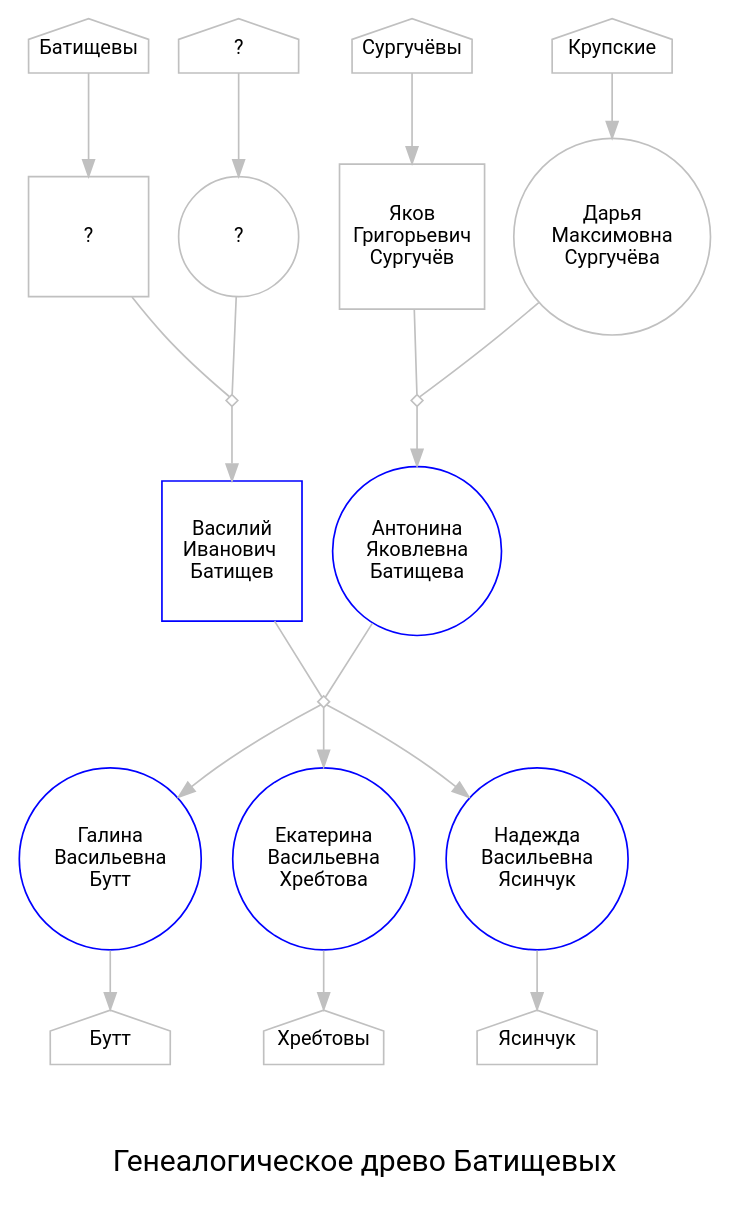
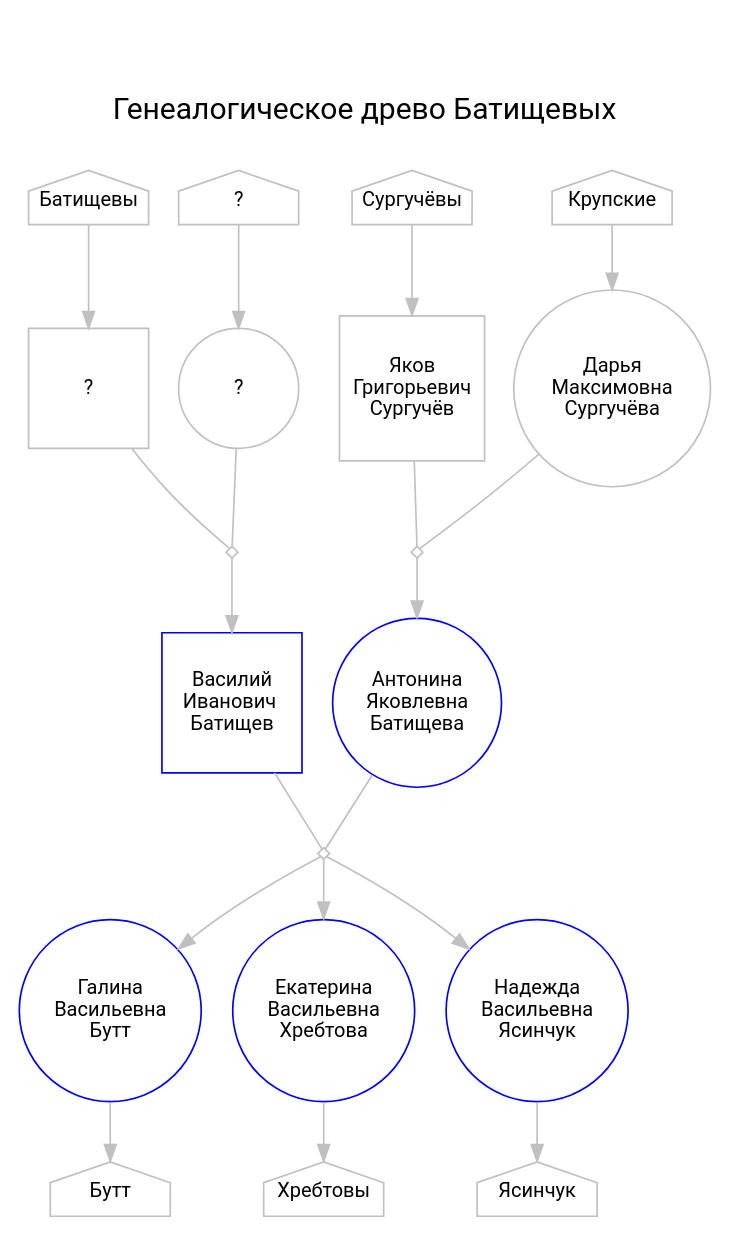
The diagram in Батищевы/batishev_tree.dot (EryxSpp/VM), drawn with Graphviz before and after one commit. The commit also changed 5 other files, not shown here.

Commit message:
Diagram update

```diff
--- a/Батищевы/batishev_tree.dot
+++ b/Батищевы/batishev_tree.dot
@@ -1,51 +1,53 @@
 digraph Батищевы {
 fontname="Roboto,Helvetica,Arial,sans-serif"
 fontsize=18.0
 node [fontname="Roboto,Helvetica,Arial,sans-serif", fontsize=12, color=silver, style=filled, fillcolor=white, width=1, height=0.5, regular=1]
 edge [fontname="Roboto,Helvetica,Arial,sans-serif", fontsize=12, color=silver, weight=1]
 
 # page = "8.2677165,11.692913" ;
 #
 mincross = 2.0 ;
 mclimit = 2.0; 
-label = "\n\nГенеалогическое древо Батищевых" ;
+label = "\n\nГенеалогическое древо Батищевых\n\n" ;
+labelloc = "t";
 imagescale = true;
+imagepos = "tl"
 
 TPA[shape=house, fixedsize=true, regular=0,label="Батищевы"];
 TMA[shape=house, fixedsize=true, regular=0,label="?"];
 TPB[shape=house, fixedsize=true, regular=0,label="Сургучёвы"];
 TMB[shape=house, fixedsize=true, regular=0,label="Крупские"];
 TC1[shape=house, fixedsize=true, regular=0,label="Бутт"];
 TC2[shape=house, fixedsize=true, regular=0,label="Хребтовы"];
 TC3[shape=house, fixedsize=true, regular=0,label="Ясинчук"];
 PA[shape=box,     label="?"];
 MA[shape=circle,  label="?"];
 PB[shape=box,     label="Яков\nГригорьевич\nСургучёв", width=1];
 MB[shape=circle,  label="Дарья\nМаксимовна\nСургучёва", width=1];
 A [shape=box,     label=" Василий \n  Иванович  \n Батищев ", width=1, URL="/VM/Батищевы/Василий_Иванович/index.html", color=blue];
 B [shape=circle,  label="Антонина\nЯковлевна\nБатищева", width=1, URL="/VM/Батищевы/Антонина_Яковлевна/index.html", color=blue];
 C1 [shape=circle, label="Галина\nВасильевна\nБутт", width=1, URL="/VM/Батищевы/Галина_Васильевна/index.html", color=blue];
 C2 [shape=circle, label="Екатерина\nВасильевна\nХребтова", width=1, URL="/VM/Батищевы/Екатерина_Васильевна/index.html", color=blue];
 C3 [shape=circle, label="Надежда\nВасильевна\nЯсинчук", width=1, URL="/VM/Батищевы/Надежда_Васильевна/index.html", color=blue];
 XA [shape=diamond, label="",height=.1,width=.1];
 XB [shape=diamond, label="",height=.1,width=.1]; 
 XC [shape=diamond, label="",height=.1,width=.1];
 TPA -> PA;
 TMA -> MA;
 PA -> XA[dir=none];
 MA -> XA[dir=none];
 XA -> A[weight=1];
 TPB -> PB;
 TMB -> MB;
 PB -> XB[dir=none];
 MB -> XB[dir=none];
 XB -> B[weight=1];
 A -> XC[dir=none];
 B -> XC[dir=none];
 XC -> C1;
 XC -> C2;
 XC -> C3;
 C1 ->TC1;
 C2 ->TC2;
 C3 ->TC3;
 }
```
